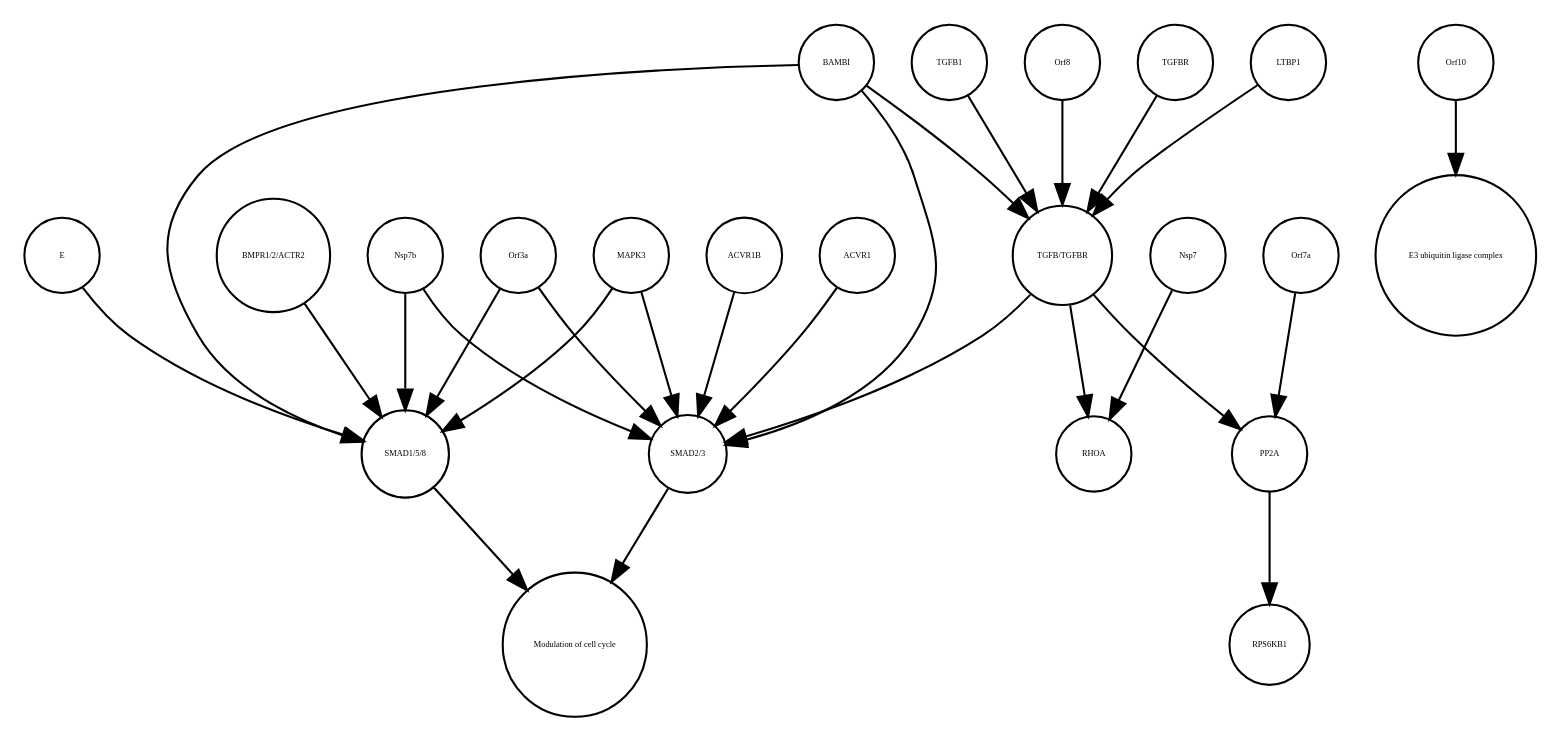
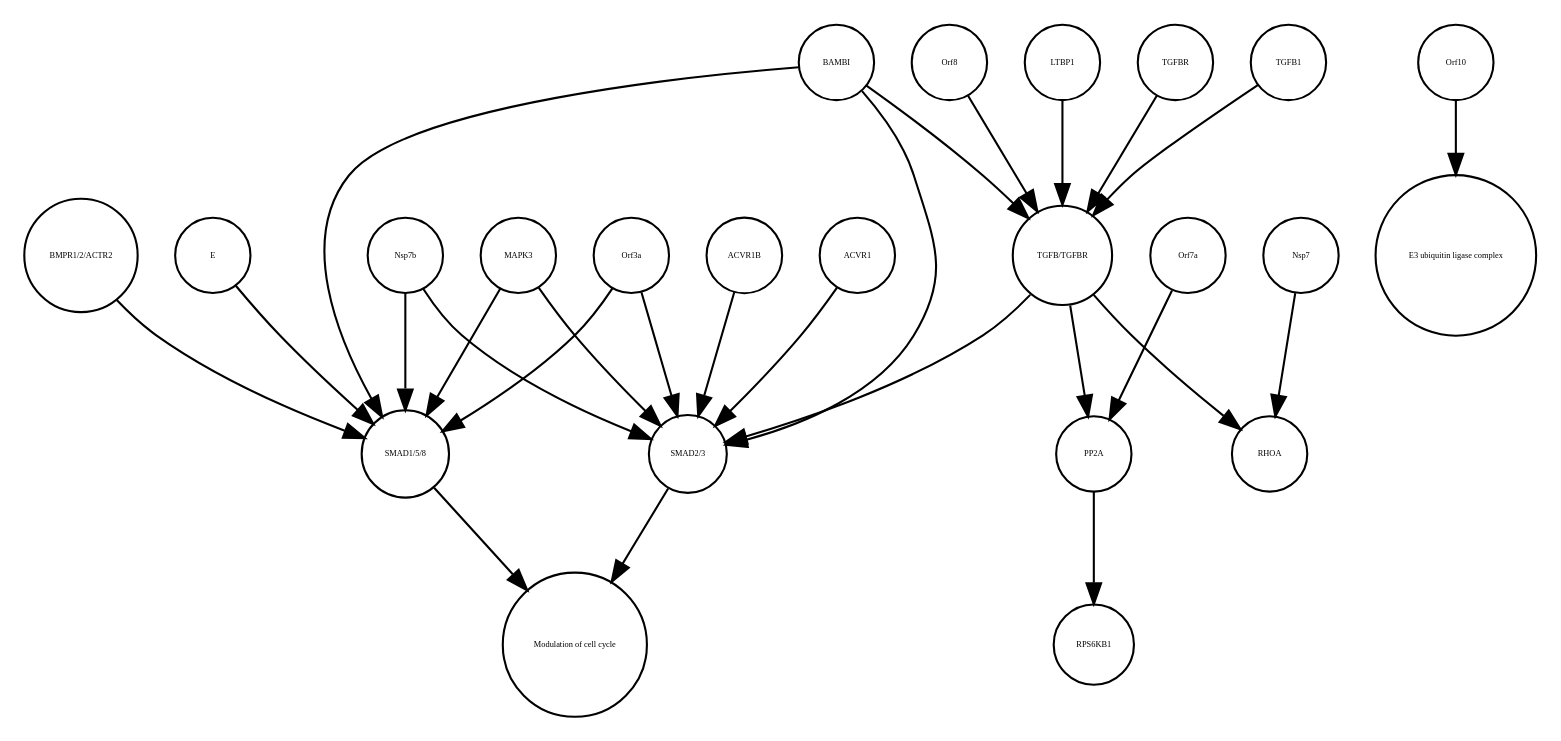
The diagram in TGFB_pathway_stable.xml_projected.dot (cannin/covid19-sbgn), drawn with Graphviz before and after one commit. The commit also changed other lines of this file and 637 other files, not shown here.

```diff
--- a/TGFB_pathway_stable.xml_projected.dot
+++ b/TGFB_pathway_stable.xml_projected.dot
@@ -1,51 +1,51 @@
 strict digraph  {
 "SMAD1/5/8" [annotation="", bipartite=0, cls=complex, fontsize=4, label="SMAD1/5/8", shape=circle];
 "Modulation of cell cycle" [annotation="urn_miriam_obo.go_GO%3A0000074", bipartite=0, cls=phenotype, fontsize=4, label="Modulation of cell cycle", shape=circle];
 "SMAD2/3" [annotation="", bipartite=0, cls=complex, fontsize=4, label="SMAD2/3", shape=circle];
+Orf7a [annotation=urn_miriam_uniprot_P59635, bipartite=0, cls=macromolecule, fontsize=4, label=Orf7a, shape=circle];
+LTBP1 [annotation="", bipartite=0, cls=macromolecule, fontsize=4, label=LTBP1, shape=circle];
+"BMPR1/2/ACTR2" [annotation="", bipartite=0, cls=complex, fontsize=4, label="BMPR1/2/ACTR2", shape=circle];
+RPS6KB1 [annotation="", bipartite=0, cls=macromolecule, fontsize=4, label=RPS6KB1, shape=circle];
+TGFBR [annotation="", bipartite=0, cls=complex, fontsize=4, label=TGFBR, shape=circle];
+Orf10 [annotation=urn_miriam_ncbiprotein_BCD58762, bipartite=0, cls=macromolecule, fontsize=4, label=Orf10, shape=circle];
+TGFB1 [annotation="", bipartite=0, cls=macromolecule, fontsize=4, label=TGFB1, shape=circle];
+Orf8 [annotation="urn_miriam_uniprot_Q80H93|urn_miriam_uniprot_Q7TFA0", bipartite=0, cls=macromolecule, fontsize=4, label=Orf8, shape=circle];
+Nsp7b [annotation=urn_miriam_uniprot_Q7TFA1, bipartite=0, cls=macromolecule, fontsize=4, label=Nsp7b, shape=circle];
+E [annotation=urn_miriam_uniprot_P59637, bipartite=0, cls=macromolecule, fontsize=4, label=E, shape=circle];
+ACVR1B [annotation="", bipartite=0, cls=macromolecule, fontsize=4, label=ACVR1B, shape=circle];
+PP2A [annotation="", bipartite=0, cls=complex, fontsize=4, label=PP2A, shape=circle];
+MAPK3 [annotation="", bipartite=0, cls=macromolecule, fontsize=4, label=MAPK3, shape=circle];
+ACVR1 [annotation="", bipartite=0, cls=macromolecule, fontsize=4, label=ACVR1, shape=circle];
+Nsp7 [annotation=urn_miriam_uniprot_Q7TFA1, bipartite=0, cls=macromolecule, fontsize=4, label=Nsp7, shape=circle];
+"E3 ubiquitin ligase complex" [annotation="", bipartite=0, cls=complex, fontsize=4, label="E3 ubiquitin ligase complex", shape=circle];
 "TGFB/TGFBR" [annotation="", bipartite=0, cls=complex, fontsize=4, label="TGFB/TGFBR", shape=circle];
-ACVR1B [annotation="", bipartite=0, cls=macromolecule, fontsize=4, label=ACVR1B, shape=circle];
-Nsp7 [annotation=urn_miriam_uniprot_Q7TFA1, bipartite=0, cls=macromolecule, fontsize=4, label=Nsp7, shape=circle];
-Orf8 [annotation="urn_miriam_uniprot_Q80H93|urn_miriam_uniprot_Q7TFA0", bipartite=0, cls=macromolecule, fontsize=4, label=Orf8, shape=circle];
-E [annotation=urn_miriam_uniprot_P59637, bipartite=0, cls=macromolecule, fontsize=4, label=E, shape=circle];
-TGFBR [annotation="", bipartite=0, cls=complex, fontsize=4, label=TGFBR, shape=circle];
+Orf3a [annotation=urn_miriam_uniprot_P59632, bipartite=0, cls=macromolecule, fontsize=4, label=Orf3a, shape=circle];
 RHOA [annotation="", bipartite=0, cls=macromolecule, fontsize=4, label=RHOA, shape=circle];
-Nsp7b [annotation=urn_miriam_uniprot_Q7TFA1, bipartite=0, cls=macromolecule, fontsize=4, label=Nsp7b, shape=circle];
-"E3 ubiquitin ligase complex" [annotation="", bipartite=0, cls=complex, fontsize=4, label="E3 ubiquitin ligase complex", shape=circle];
-PP2A [annotation="", bipartite=0, cls=complex, fontsize=4, label=PP2A, shape=circle];
-Orf3a [annotation=urn_miriam_uniprot_P59632, bipartite=0, cls=macromolecule, fontsize=4, label=Orf3a, shape=circle];
-MAPK3 [annotation="", bipartite=0, cls=macromolecule, fontsize=4, label=MAPK3, shape=circle];
-Orf10 [annotation=urn_miriam_ncbiprotein_BCD58762, bipartite=0, cls=macromolecule, fontsize=4, label=Orf10, shape=circle];
-LTBP1 [annotation="", bipartite=0, cls=macromolecule, fontsize=4, label=LTBP1, shape=circle];
-RPS6KB1 [annotation="", bipartite=0, cls=macromolecule, fontsize=4, label=RPS6KB1, shape=circle];
-ACVR1 [annotation="", bipartite=0, cls=macromolecule, fontsize=4, label=ACVR1, shape=circle];
-Orf7a [annotation=urn_miriam_uniprot_P59635, bipartite=0, cls=macromolecule, fontsize=4, label=Orf7a, shape=circle];
-TGFB1 [annotation="", bipartite=0, cls=macromolecule, fontsize=4, label=TGFB1, shape=circle];
 BAMBI [annotation="", bipartite=0, cls=macromolecule, fontsize=4, label=BAMBI, shape=circle];
-"BMPR1/2/ACTR2" [annotation="", bipartite=0, cls=complex, fontsize=4, label="BMPR1/2/ACTR2", shape=circle];
 "SMAD1/5/8" -> "Modulation of cell cycle"  [annotation="", interaction_type=stimulation];
 "SMAD2/3" -> "Modulation of cell cycle"  [annotation="", interaction_type=stimulation];
-"TGFB/TGFBR" -> "SMAD2/3"  [annotation="urn_miriam_doi_10.1101%2F2020.06.17.156455", interaction_type=stimulation];
-"TGFB/TGFBR" -> RHOA  [annotation="urn_miriam_doi_10.1101%2F2020.06.17.156455", interaction_type=stimulation];
-"TGFB/TGFBR" -> PP2A  [annotation="urn_miriam_doi_10.1101%2F2020.03.31.019216", interaction_type=stimulation];
-ACVR1B -> "SMAD2/3"  [annotation="urn_miriam_doi_10.1101%2F2020.06.17.156455", interaction_type=catalysis];
-Nsp7 -> RHOA  [annotation="urn_miriam_doi_10.1101%2F2020.06.17.156455", interaction_type=stimulation];
+Orf7a -> PP2A  [annotation="urn_miriam_doi_10.1101%2F2020.03.31.019216", interaction_type=stimulation];
+LTBP1 -> "TGFB/TGFBR"  [annotation="urn_miriam_doi_10.1101%2F2020.06.17.156455", interaction_type=inhibition];
+"BMPR1/2/ACTR2" -> "SMAD1/5/8"  [annotation="urn_miriam_doi_10.1101%2F2020.06.17.156455", interaction_type=catalysis];
+TGFBR -> "TGFB/TGFBR"  [annotation="", interaction_type=production];
+Orf10 -> "E3 ubiquitin ligase complex"  [annotation="", interaction_type=production];
+TGFB1 -> "TGFB/TGFBR"  [annotation="", interaction_type=production];
 Orf8 -> "TGFB/TGFBR"  [annotation="urn_miriam_doi_10.1101%2F2020.06.17.156455", interaction_type=stimulation];
-E -> "SMAD1/5/8"  [annotation="urn_miriam_doi_10.1101%2F2020.06.17.156455", interaction_type=stimulation];
-TGFBR -> "TGFB/TGFBR"  [annotation="", interaction_type=production];
 Nsp7b -> "SMAD1/5/8"  [annotation="urn_miriam_doi_10.1101%2F2020.06.17.156455", interaction_type=stimulation];
 Nsp7b -> "SMAD2/3"  [annotation="urn_miriam_doi_10.1101%2F2020.06.17.156455", interaction_type=stimulation];
+E -> "SMAD1/5/8"  [annotation="urn_miriam_doi_10.1101%2F2020.06.17.156455", interaction_type=stimulation];
+ACVR1B -> "SMAD2/3"  [annotation="urn_miriam_doi_10.1101%2F2020.06.17.156455", interaction_type=catalysis];
 PP2A -> RPS6KB1  [annotation="", interaction_type=catalysis];
+MAPK3 -> "SMAD1/5/8"  [annotation="urn_miriam_doi_10.1101%2F2020.06.17.156455", interaction_type=inhibition];
+MAPK3 -> "SMAD2/3"  [annotation="urn_miriam_doi_10.1101%2F2020.06.17.156455", interaction_type=inhibition];
+ACVR1 -> "SMAD2/3"  [annotation="urn_miriam_doi_10.1101%2F2020.06.17.156455", interaction_type=catalysis];
+Nsp7 -> RHOA  [annotation="urn_miriam_doi_10.1101%2F2020.06.17.156455", interaction_type=stimulation];
+"TGFB/TGFBR" -> RHOA  [annotation="urn_miriam_doi_10.1101%2F2020.06.17.156455", interaction_type=stimulation];
+"TGFB/TGFBR" -> "SMAD2/3"  [annotation="urn_miriam_doi_10.1101%2F2020.06.17.156455", interaction_type=stimulation];
+"TGFB/TGFBR" -> PP2A  [annotation="urn_miriam_doi_10.1101%2F2020.03.31.019216", interaction_type=stimulation];
 Orf3a -> "SMAD1/5/8"  [annotation="urn_miriam_doi_10.1101%2F2020.06.17.156455", interaction_type=stimulation];
 Orf3a -> "SMAD2/3"  [annotation="urn_miriam_doi_10.1101%2F2020.06.17.156455", interaction_type=stimulation];
-MAPK3 -> "SMAD1/5/8"  [annotation="urn_miriam_doi_10.1101%2F2020.06.17.156455", interaction_type=inhibition];
-MAPK3 -> "SMAD2/3"  [annotation="urn_miriam_doi_10.1101%2F2020.06.17.156455", interaction_type=inhibition];
-Orf10 -> "E3 ubiquitin ligase complex"  [annotation="", interaction_type=production];
-LTBP1 -> "TGFB/TGFBR"  [annotation="urn_miriam_doi_10.1101%2F2020.06.17.156455", interaction_type=inhibition];
-ACVR1 -> "SMAD2/3"  [annotation="urn_miriam_doi_10.1101%2F2020.06.17.156455", interaction_type=catalysis];
-Orf7a -> PP2A  [annotation="urn_miriam_doi_10.1101%2F2020.03.31.019216", interaction_type=stimulation];
-TGFB1 -> "TGFB/TGFBR"  [annotation="", interaction_type=production];
 BAMBI -> "SMAD1/5/8"  [annotation="urn_miriam_doi_10.1101%2F2020.06.17.156455", interaction_type=inhibition];
+BAMBI -> "TGFB/TGFBR"  [annotation="urn_miriam_doi_10.1101%2F2020.06.17.156455", interaction_type=inhibition];
 BAMBI -> "SMAD2/3"  [annotation="urn_miriam_doi_10.1101%2F2020.06.17.156455", interaction_type=inhibition];
-BAMBI -> "TGFB/TGFBR"  [annotation="urn_miriam_doi_10.1101%2F2020.06.17.156455", interaction_type=inhibition];
-"BMPR1/2/ACTR2" -> "SMAD1/5/8"  [annotation="urn_miriam_doi_10.1101%2F2020.06.17.156455", interaction_type=catalysis];
 }
```
